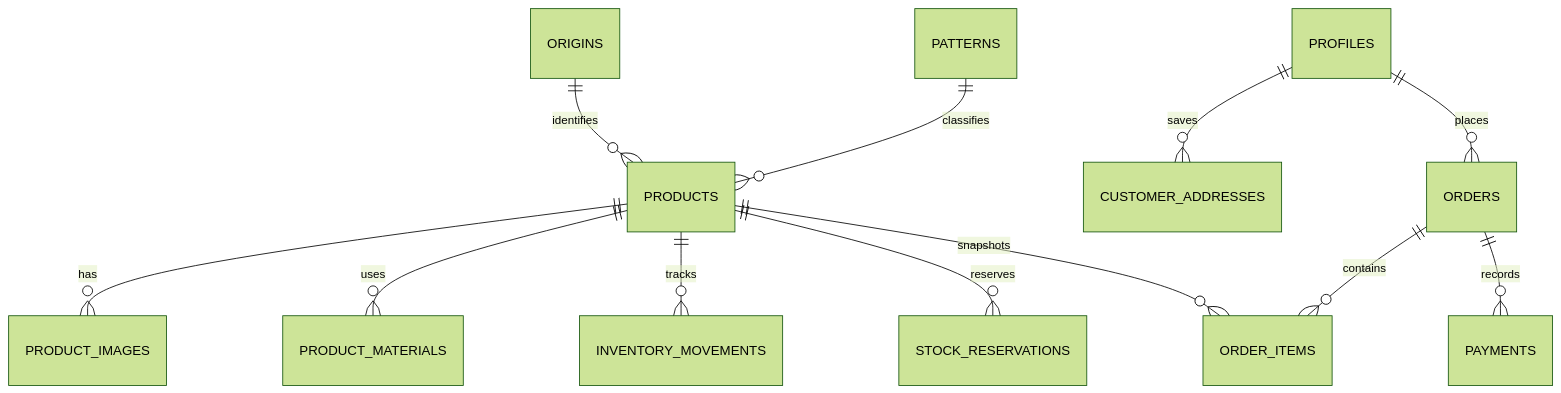
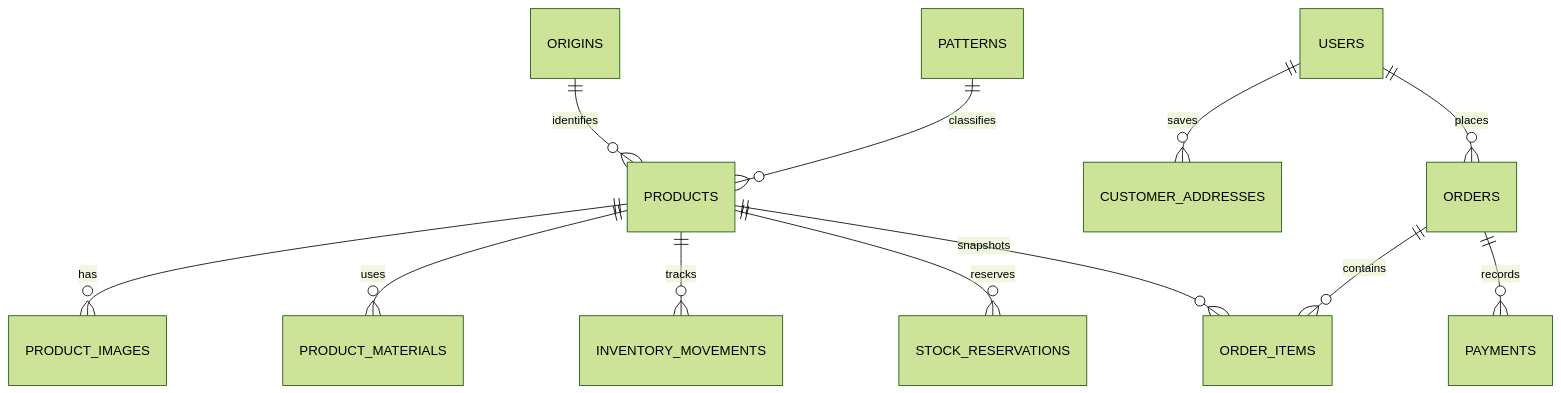
The diagram in docs/DATA_MODEL.md (ShawnMcRich/HTCarpets), drawn with Mermaid (forest theme) before and after one commit. The commit also changed other lines of this file and 7 other files, not shown here.

````diff
--- a/docs/DATA_MODEL.md
+++ b/docs/DATA_MODEL.md
@@ -55,14 +55,14 @@
 ```mermaid
 erDiagram
   ORIGINS ||--o{ PRODUCTS : identifies
   PATTERNS ||--o{ PRODUCTS : classifies
   PRODUCTS ||--o{ PRODUCT_IMAGES : has
   PRODUCTS ||--o{ PRODUCT_MATERIALS : uses
   PRODUCTS ||--o{ INVENTORY_MOVEMENTS : tracks
   PRODUCTS ||--o{ STOCK_RESERVATIONS : reserves
-  PROFILES ||--o{ CUSTOMER_ADDRESSES : saves
-  PROFILES ||--o{ ORDERS : places
+  USERS ||--o{ CUSTOMER_ADDRESSES : saves
+  USERS ||--o{ ORDERS : places
   ORDERS ||--o{ ORDER_ITEMS : contains
   ORDERS ||--o{ PAYMENTS : records
   PRODUCTS ||--o{ ORDER_ITEMS : snapshots
 ```
````
